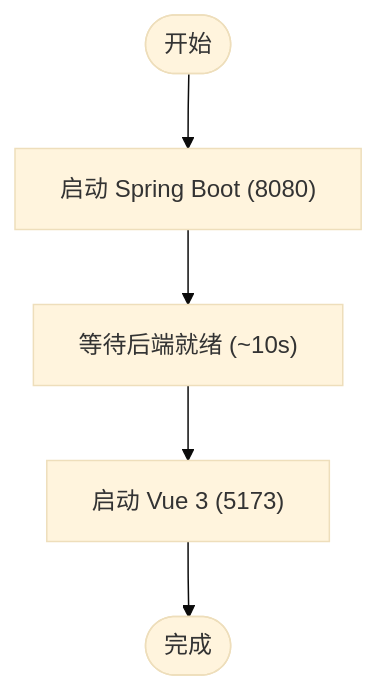
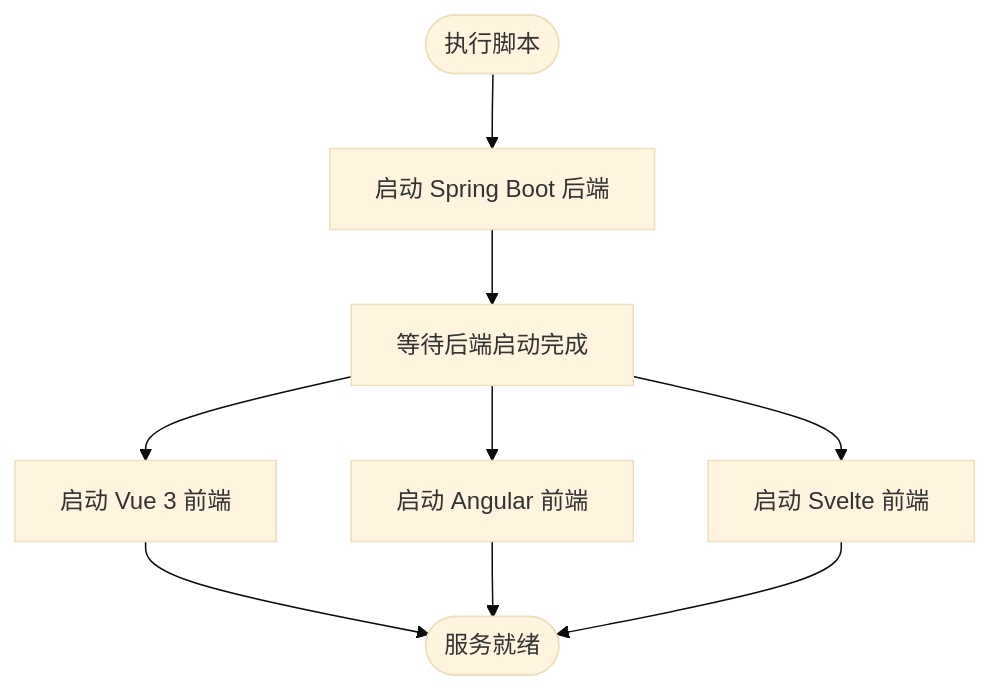
One commit to alexy2008/TimeCapsule changed the third of 3 diagrams in .qoder/repowiki/zh/content/快速开始.md. Above: the diagram before and after it, drawn with Mermaid (base theme). The commit also changed other lines of this file and 247 other files, not shown here.

````diff
--- a/.qoder/repowiki/zh/content/快速开始.md
+++ b/.qoder/repowiki/zh/content/快速开始.md
@@ -136,7 +197,11 @@
 ```mermaid
 flowchart TD
-Start(["开始"]) --> SB["启动 Spring Boot (8080)"]
-SB --> Wait["等待后端就绪 (~10s)"]
-Wait --> VUE["启动 Vue 3 (5173)"]
-VUE --> Done(["完成"])
+Start(["执行脚本"]) --> SB["启动 Spring Boot 后端"]
+SB --> Wait["等待后端启动完成"]
+Wait --> VUE["启动 Vue 3 前端"]
+Wait --> ANG["启动 Angular 前端"]
+Wait --> SVL["启动 Svelte 前端"]
+VUE --> Done(["服务就绪"])
+ANG --> Done
+SVL --> Done
 ```
````
